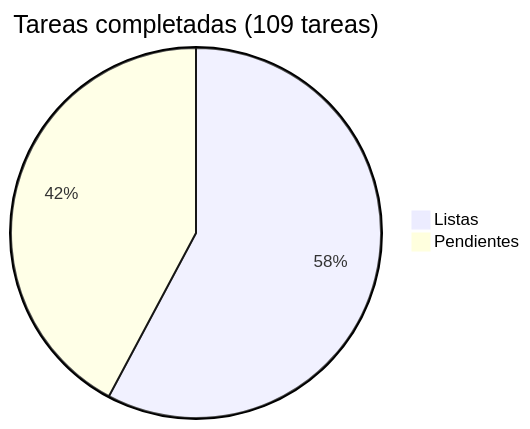
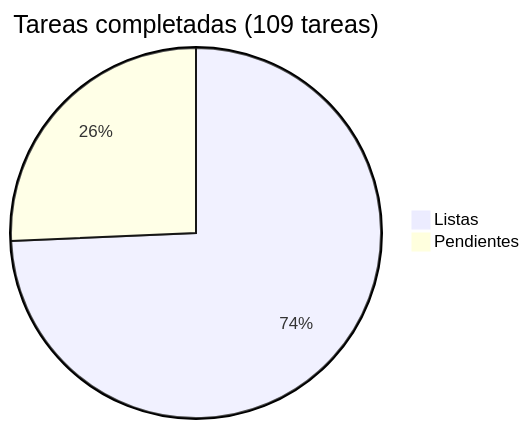
The diagram in docs/roadmap/README.md (araguaney-lat/araguaney), drawn with Mermaid before and after one commit. The commit also changed other lines of this file and 26 other files, not shown here.

````diff
--- a/docs/roadmap/README.md
+++ b/docs/roadmap/README.md
@@ -5,5 +5,5 @@
 ```mermaid
 pie title Tareas completadas (109 tareas)
-    "Listas" : 63
-    "Pendientes" : 46
+    "Listas" : 81
+    "Pendientes" : 28
 ```
````
